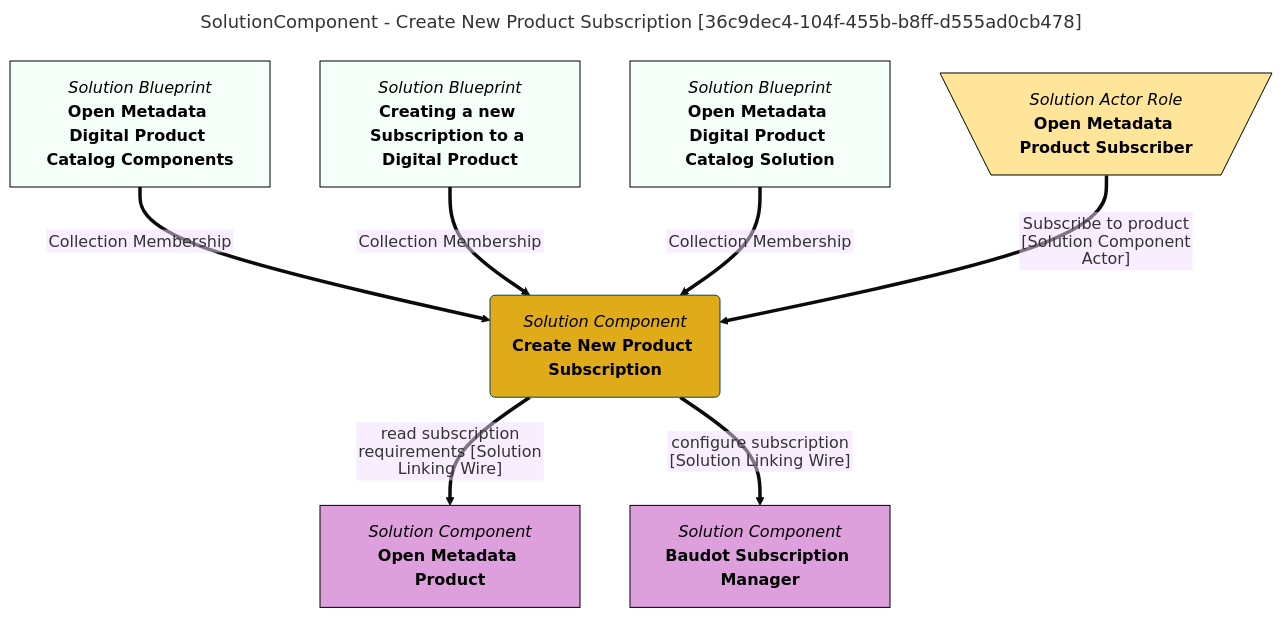
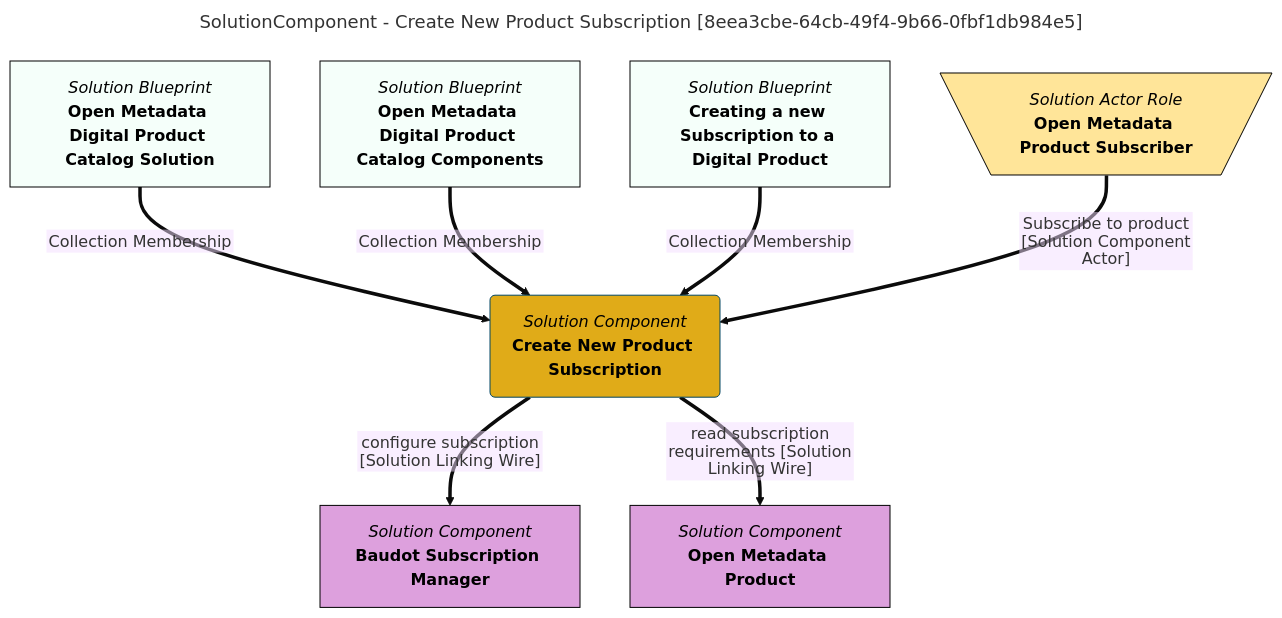
One commit to odpi/egeria-docs changed the diagram in site/snippets/blueprints/components/create-new-product-subscription-mermaid-graph.md. Above: the diagram before and after it, drawn with Mermaid (base theme). The commit also changed 2201 other files, not shown here.

````diff
--- a/site/snippets/blueprints/components/create-new-product-subscription-mermaid-graph.md
+++ b/site/snippets/blueprints/components/create-new-product-subscription-mermaid-graph.md
@@ -1,35 +1,35 @@
 ```mermaid
 ---
-title: SolutionComponent - Create New Product Subscription [36c9dec4-104f-455b-b8ff-d555ad0cb478]
+title: SolutionComponent - Create New Product Subscription [8eea3cbe-64cb-49f4-9b66-0fbf1db984e5]
 ---
 flowchart TD
 %%{init: {"flowchart": {"htmlLabels": false}} }%%
 
 1@{ shape: rounded, label: "*Solution Component*
 **Create New Product Subscription**"}
 2@{ shape: rect, label: "*Solution Blueprint*
-**Open Metadata Digital Product Catalog Components**"}
+**Open Metadata Digital Product Catalog Solution**"}
 2==>|"Collection Membership"|1
 3@{ shape: rect, label: "*Solution Blueprint*
-**Creating a new Subscription to a Digital Product**"}
+**Open Metadata Digital Product Catalog Components**"}
 3==>|"Collection Membership"|1
 4@{ shape: rect, label: "*Solution Blueprint*
-**Open Metadata Digital Product Catalog Solution**"}
+**Creating a new Subscription to a Digital Product**"}
 4==>|"Collection Membership"|1
 5@{ shape: trap-t, label: "*Solution Actor Role*
 **Open Metadata Product Subscriber**"}
 5==>|"Subscribe to product [Solution Component Actor]"|1
 6@{ shape: rect, label: "*Solution Component*
+**Baudot Subscription Manager**"}
+1==>|"configure subscription [Solution Linking Wire]"|6
+7@{ shape: rect, label: "*Solution Component*
 **Open Metadata Product**"}
-1==>|"read subscription requirements [Solution Linking Wire]"|6
-7@{ shape: rect, label: "*Solution Component*
-**Baudot Subscription Manager**"}
-1==>|"configure subscription [Solution Linking Wire]"|7
+1==>|"read subscription requirements [Solution Linking Wire]"|7
 style 1 color:#000000, fill:#e0ab18, stroke:#004563
 style 2 color:#000000, fill:#f5fffa, stroke:#000000
 style 3 color:#000000, fill:#f5fffa, stroke:#000000
 style 4 color:#000000, fill:#f5fffa, stroke:#000000
 style 5 color:#000000, fill:#FFE599, stroke:#000000
-style 6 color:#000000, fill:#dda0dd, stroke:#000000
-style 7 color:#000000, fill:#dda0dd, stroke:#000000
+style 6 color:#000000, fill:#DDA0DD, stroke:#000000
+style 7 color:#000000, fill:#DDA0DD, stroke:#000000
 ```
````
